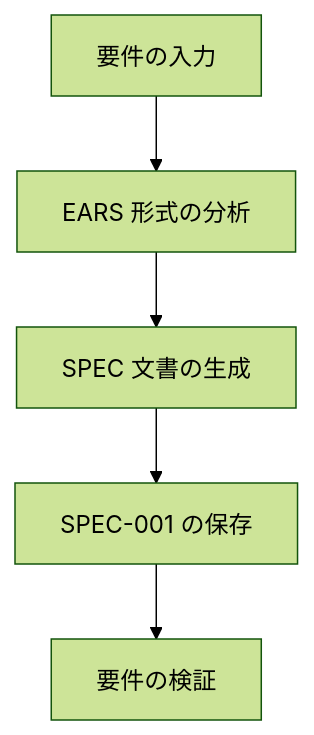
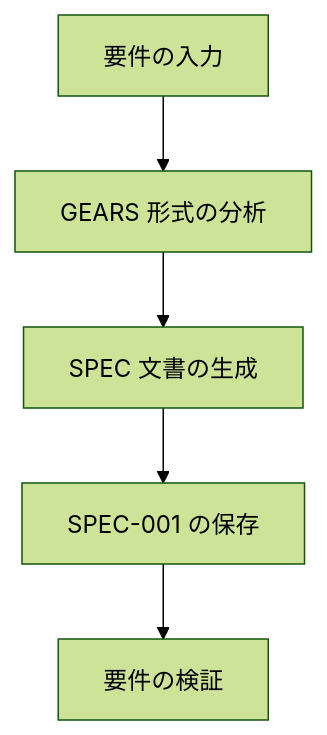
One commit to modu-ai/moai-adk changed the second of 9 diagrams in docs-site/content/ja/getting-started/quickstart.md. Above: the diagram before and after it, drawn with Mermaid (forest theme). The commit also changed other lines of this file and 15 other files, not shown here.

````diff
--- a/docs-site/content/ja/getting-started/quickstart.md
+++ b/docs-site/content/ja/getting-started/quickstart.md
@@ -97,7 +97,7 @@
 ```mermaid
 flowchart TB
-    A["要件の入力"] --> B["EARS 形式の分析"]
+    A["要件の入力"] --> B["GEARS 形式の分析"]
     B --> C["SPEC 文書の生成"]
     C --> D["SPEC-001 の保存"]
     D --> E["要件の検証"]
 ```
````
